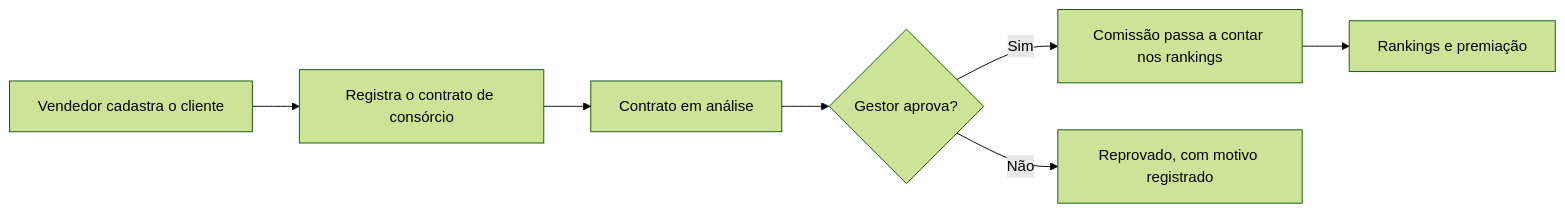
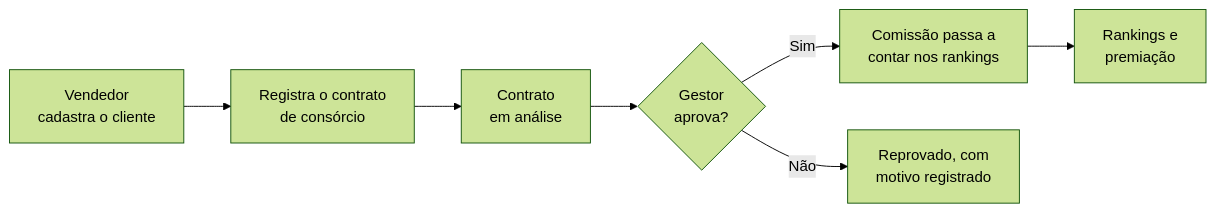
The second of 3 diagrams in Docs/01-Empresa/caracterização.md (KauanRodolfo/Pim-2-ADS), drawn with Mermaid (forest theme) before and after one commit. The commit also changed other lines of this file, not shown here.

````diff
--- a/Docs/01-Empresa/caracterização.md
+++ b/Docs/01-Empresa/caracterização.md
@@ -101,9 +79,9 @@
 ```mermaid
 flowchart LR
-    A["Vendedor cadastra o cliente"] --> B["Registra o contrato de consórcio"]
-    B --> C["Contrato em análise"]
-    C --> D{"Gestor aprova?"}
-    D -- Sim --> E["Comissão passa a contar nos rankings"]
-    D -- Não --> F["Reprovado, com motivo registrado"]
-    E --> G["Rankings e premiação"]
+    A["Vendedor<br/>cadastra o cliente"] --> B["Registra o contrato<br/>de consórcio"]
+    B --> C["Contrato<br/>em análise"]
+    C --> D{"Gestor<br/>aprova?"}
+    D -- Sim --> E["Comissão passa a<br/>contar nos rankings"]
+    E --> F["Rankings e<br/>premiação"]
+    D -- Não --> G["Reprovado, com<br/>motivo registrado"]
 ```
````
